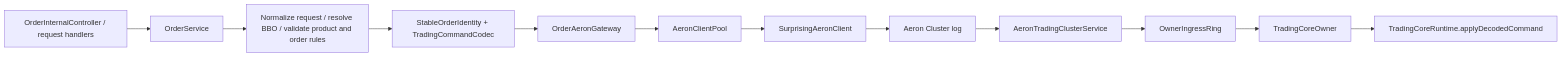
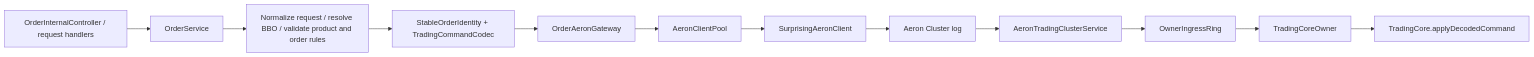
Before and after one commit to lilaizhencn/surprising-ex: the third of 15 diagrams in README.md, drawn with Mermaid. The commit also changed other lines of this file and 329 other files, not shown here.

````diff
--- a/README.md
+++ b/README.md
@@ -119,14 +119,14 @@
 ```mermaid
 flowchart LR
     HTTP[OrderInternalController / request handlers] --> OS[OrderService]
     OS --> Rules[Normalize request / resolve BBO / validate product and order rules]
     Rules --> ID[StableOrderIdentity + TradingCommandCodec]
     ID --> OAG[OrderAeronGateway]
     OAG --> Pool[AeronClientPool]
     Pool --> Session[SurprisingAeronClient]
     Session --> Cluster[Aeron Cluster log]
     Cluster --> Callback[AeronTradingClusterService]
     Callback --> Ring[OwnerIngressRing]
     Ring --> Owner[TradingCoreOwner]
-    Owner --> Runtime[TradingCoreRuntime.applyDecodedCommand]
+    Owner --> Runtime[TradingCore.applyDecodedCommand]
 ```
````
